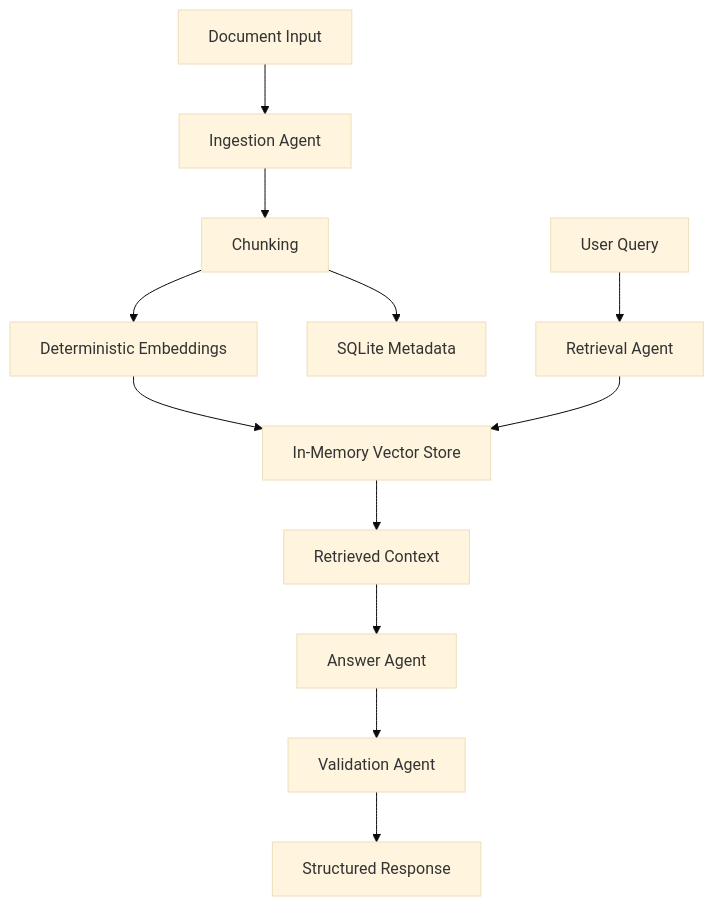
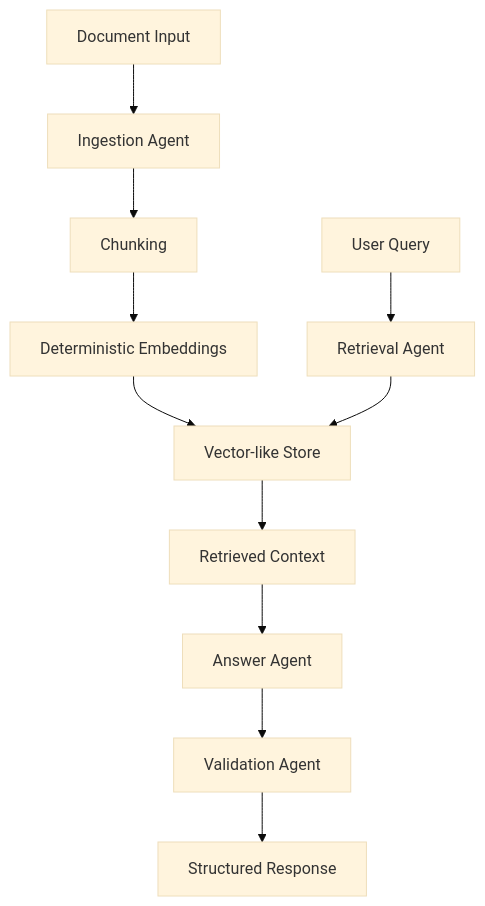
The diagram in README.md (HelderPetrica/ai-rag-agent-lab), drawn with Mermaid (base theme) before and after one commit. The commit also changed other lines of this file and 18 other files, not shown here.

````diff
--- a/README.md
+++ b/README.md
@@ -38,14 +48,13 @@
 ```mermaid
 flowchart TD
     A[Document Input] --> B[Ingestion Agent]
     B --> C[Chunking]
     C --> D[Deterministic Embeddings]
-    D --> E[In-Memory Vector Store]
-    C --> M[SQLite Metadata]
+    D --> E[Vector-like Store]
     F[User Query] --> G[Retrieval Agent]
     G --> E
     E --> H[Retrieved Context]
     H --> I[Answer Agent]
     I --> J[Validation Agent]
     J --> K[Structured Response]
 ```
````
